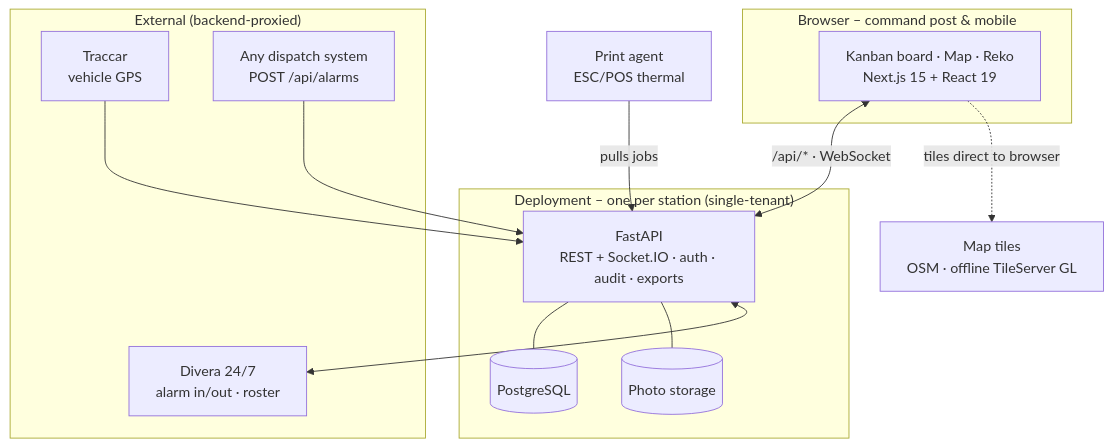
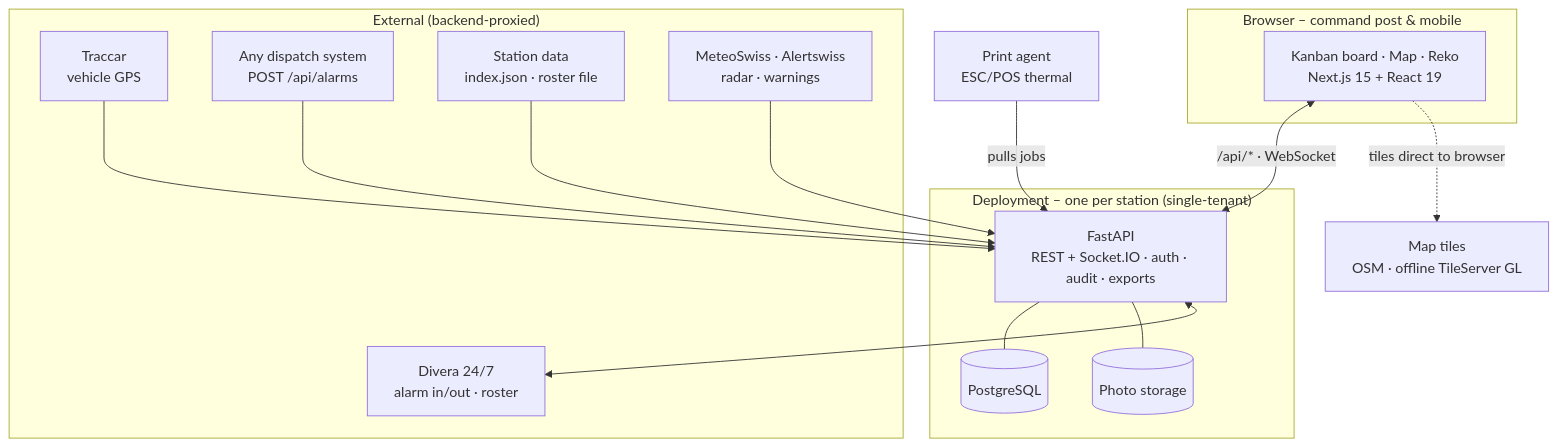
One commit to feuerwehr-oberwil/kp-rueck changed the diagram in README.md. Above: the diagram before and after it, drawn with Mermaid. The commit also changed other lines of this file and 32 other files, not shown here.

````diff
--- a/README.md
+++ b/README.md
@@ -175,26 +200,30 @@
 ```mermaid
 flowchart TB
   subgraph CLIENT["Browser – command post & mobile"]
     UI["Kanban board · Map · Reko<br/>Next.js 15 + React 19"]
   end
   subgraph DEP["Deployment – one per station (single-tenant)"]
     API["FastAPI<br/>REST + Socket.IO · auth · audit · exports"]
     DB[("PostgreSQL")]
     FILES[("Photo storage")]
     API --- DB
     API --- FILES
   end
   subgraph EXT["External (backend-proxied)"]
     DIV["Divera 24/7<br/>alarm in/out · roster"]
     TRC["Traccar<br/>vehicle GPS"]
     HOOK["Any dispatch system<br/>POST /api/alarms"]
+    ROSTER["Station data<br/>index.json · roster file"]
+    WX["MeteoSwiss · Alertswiss<br/>radar · warnings"]
   end
   AGENT["Print agent<br/>ESC/POS thermal"]
   TILES["Map tiles<br/>OSM · offline TileServer GL"]
   UI <-->|"/api/* · WebSocket"| API
   API <--> DIV
   TRC --> API
   HOOK --> API
+  ROSTER --> API
+  WX --> API
   AGENT -->|"pulls jobs"| API
   UI -. "tiles direct to browser" .-> TILES
 ```
````
